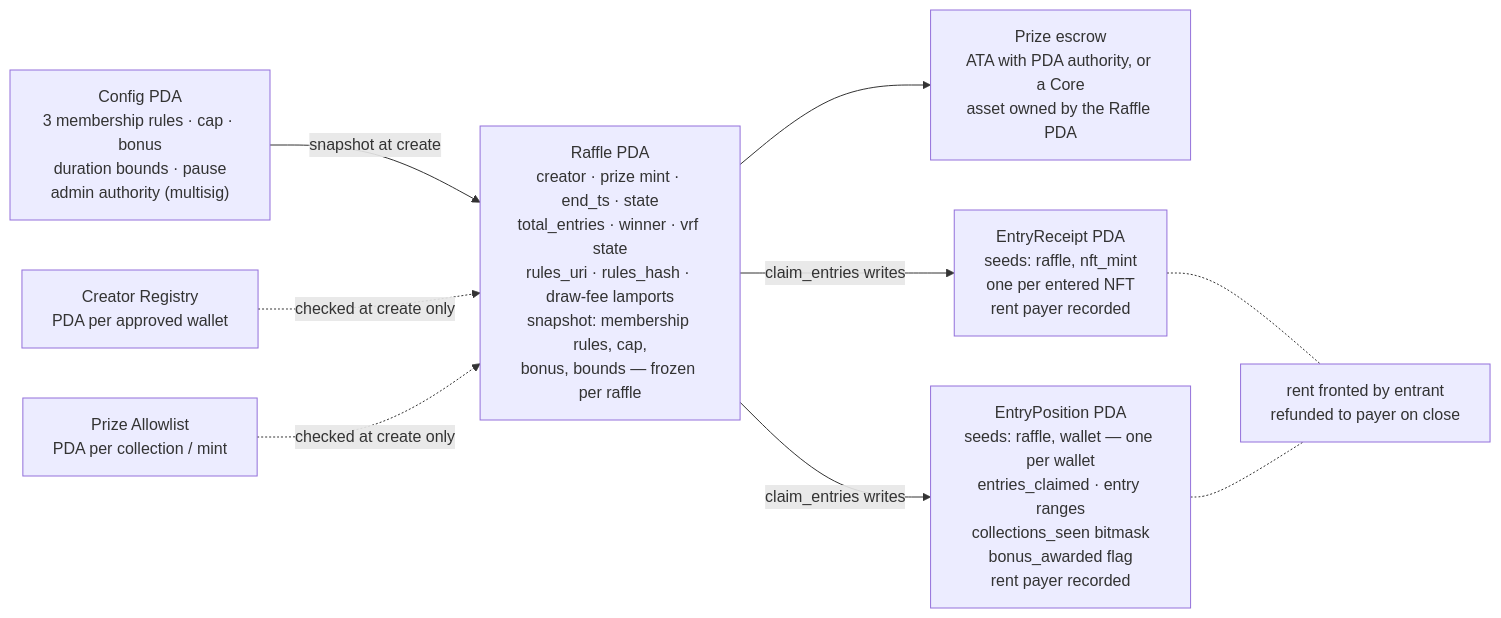
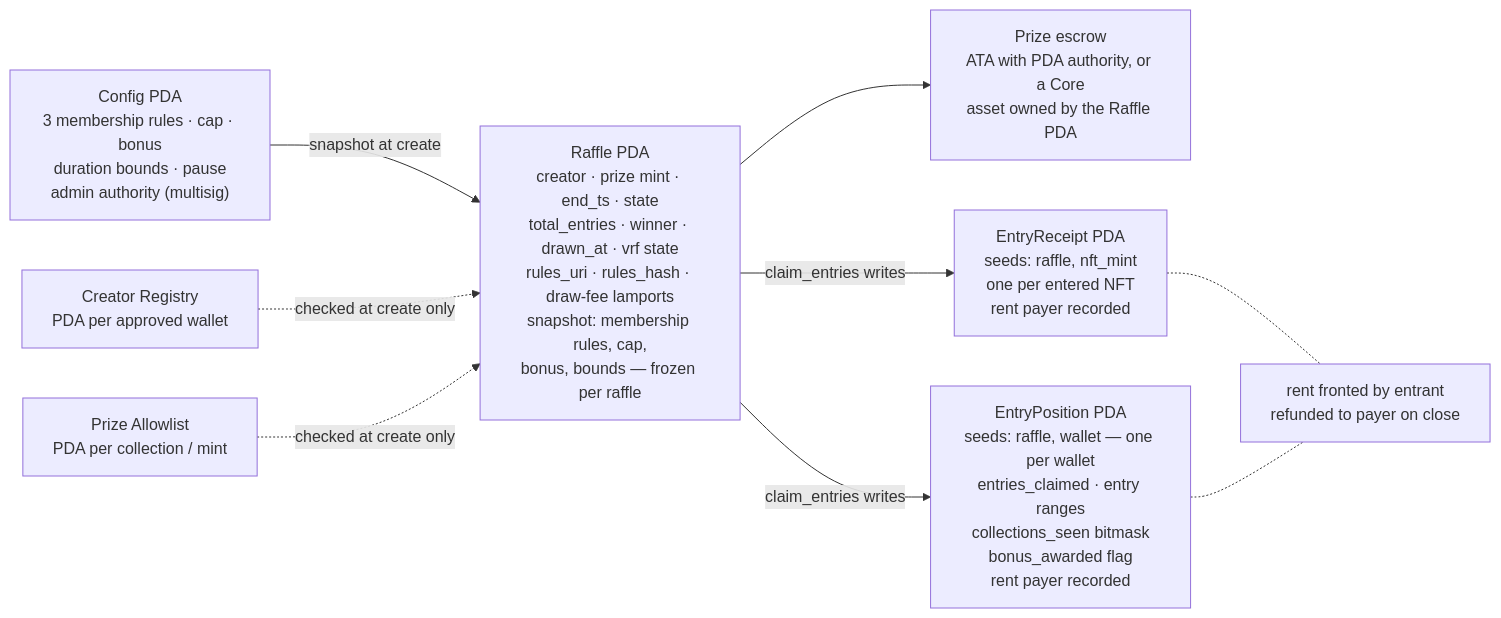
The second of 2 diagrams in docs/piggygang-raffles-v1-spec.md (piggygang/raffles), drawn with Mermaid before and after one commit. The commit also changed other lines of this file and 1 other file, not shown here.

Commit message:
docs(spec): define drawn_at as the on-chain start of the claim window

````diff
--- a/docs/piggygang-raffles-v1-spec.md
+++ b/docs/piggygang-raffles-v1-spec.md
@@ -250,19 +250,19 @@
 ```mermaid
 flowchart LR
     CFG["Config PDA<br>3 membership rules · cap · bonus<br>duration bounds · pause<br>admin authority (multisig)"]
     REG["Creator Registry<br>PDA per approved wallet"]
     ALW["Prize Allowlist<br>PDA per collection / mint"]
-    RAF["Raffle PDA<br>creator · prize mint · end_ts · state<br>total_entries · winner · vrf state<br>rules_uri · rules_hash · draw-fee lamports<br>snapshot: membership rules, cap,<br>bonus, bounds — frozen per raffle"]
+    RAF["Raffle PDA<br>creator · prize mint · end_ts · state<br>total_entries · winner · drawn_at · vrf state<br>rules_uri · rules_hash · draw-fee lamports<br>snapshot: membership rules, cap,<br>bonus, bounds — frozen per raffle"]
     ESC["Prize escrow<br>ATA with PDA authority, or a Core<br>asset owned by the Raffle PDA"]
     ER["EntryReceipt PDA<br>seeds: raffle, nft_mint<br>one per entered NFT<br>rent payer recorded"]
     EP["EntryPosition PDA<br>seeds: raffle, wallet — one per wallet<br>entries_claimed · entry ranges<br>collections_seen bitmask<br>bonus_awarded flag<br>rent payer recorded"]
     RENT["rent fronted by entrant<br>refunded to payer on close"]
     CFG -->|snapshot at create| RAF
     REG -.->|checked at create only| RAF
     ALW -.->|checked at create only| RAF
     RAF --> ESC
     RAF -->|claim_entries writes| ER
     RAF -->|claim_entries writes| EP
     ER -.- RENT
     EP -.- RENT
 ```
````
